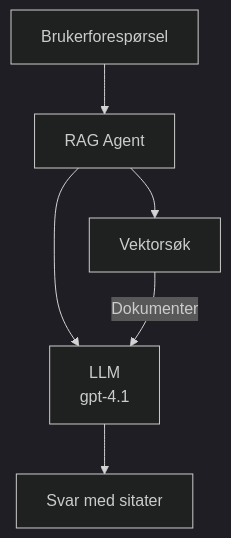
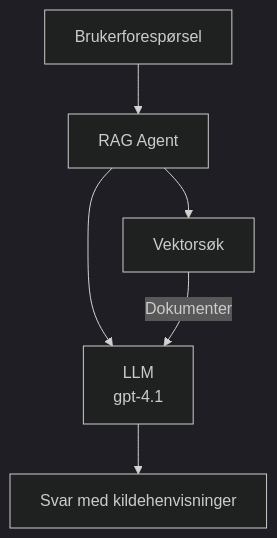
The second of 3 diagrams in translations/no/docs/chapter-02-ai-development/agents.md (microsoft/AZD-for-beginners), drawn with Mermaid (dark theme) before and after one commit. The commit also changed other lines of this file and 101 other files, not shown here.

````diff
--- a/translations/no/docs/chapter-02-ai-development/agents.md
+++ b/translations/no/docs/chapter-02-ai-development/agents.md
@@ -170,8 +175,8 @@
 ```mermaid
 graph TD
     Query[Brukerforespørsel] --> RAG[RAG Agent]
     RAG --> Vector[Vektorsøk]
     RAG --> LLM[LLM<br/>gpt-4.1]
     Vector -- Dokumenter --> LLM
-    LLM --> Response[Svar med sitater]
+    LLM --> Response[Svar med kildehenvisninger]
 ```
````
